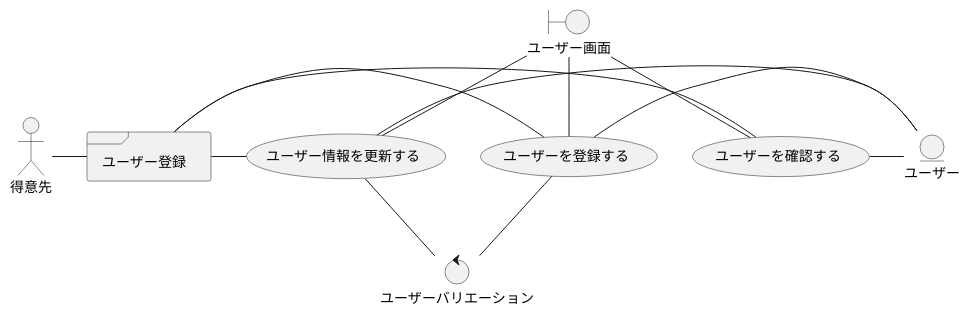
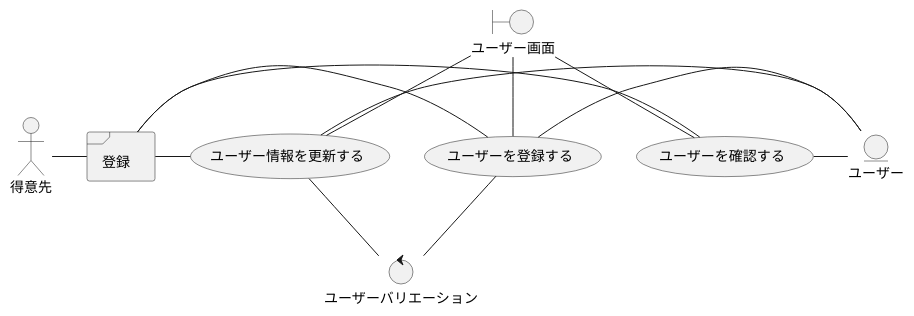
Diagram 20 of 39 in docs/index.adoc (k2works/application_programing_excercise_2022), drawn with PlantUML before and after one commit.

Commit message:
docs: ユースケース複合図

```diff
--- a/docs/index.adoc
+++ b/docs/index.adoc
@@ -693,26 +693,26 @@
 [plantuml]
 ----
 @startuml
 actor "得意先" as ac_01
-frame "ユーザー登録" as f01
+frame "登録" as f01
 usecase "ユーザーを確認する" as UC1
 usecase "ユーザーを登録する" as UC2
 usecase "ユーザー情報を更新する" as UC3
 boundary "ユーザー画面" as b02
 entity "ユーザー" as e01
 control "ユーザーバリエーション" as c01
 
 ac_01 - f01
 f01 - UC1
 f01 - UC2
 f01 - UC3
 b02 -- UC1
 b02 -- UC2
 b02 -- UC3
 UC2 -- c01
 UC3 -- c01
 UC1 - e01
 UC2 - e01
 UC3 - e01
 @enduml
 ----
```
